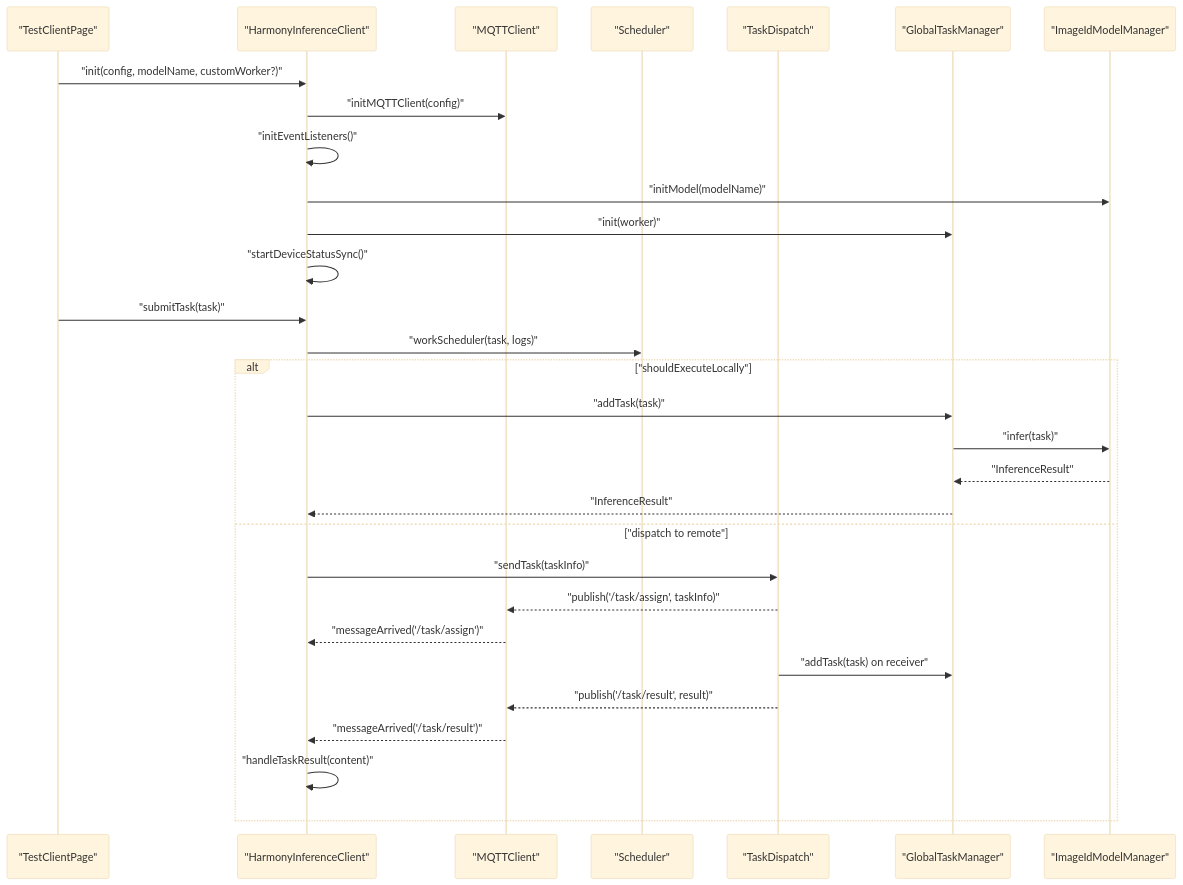
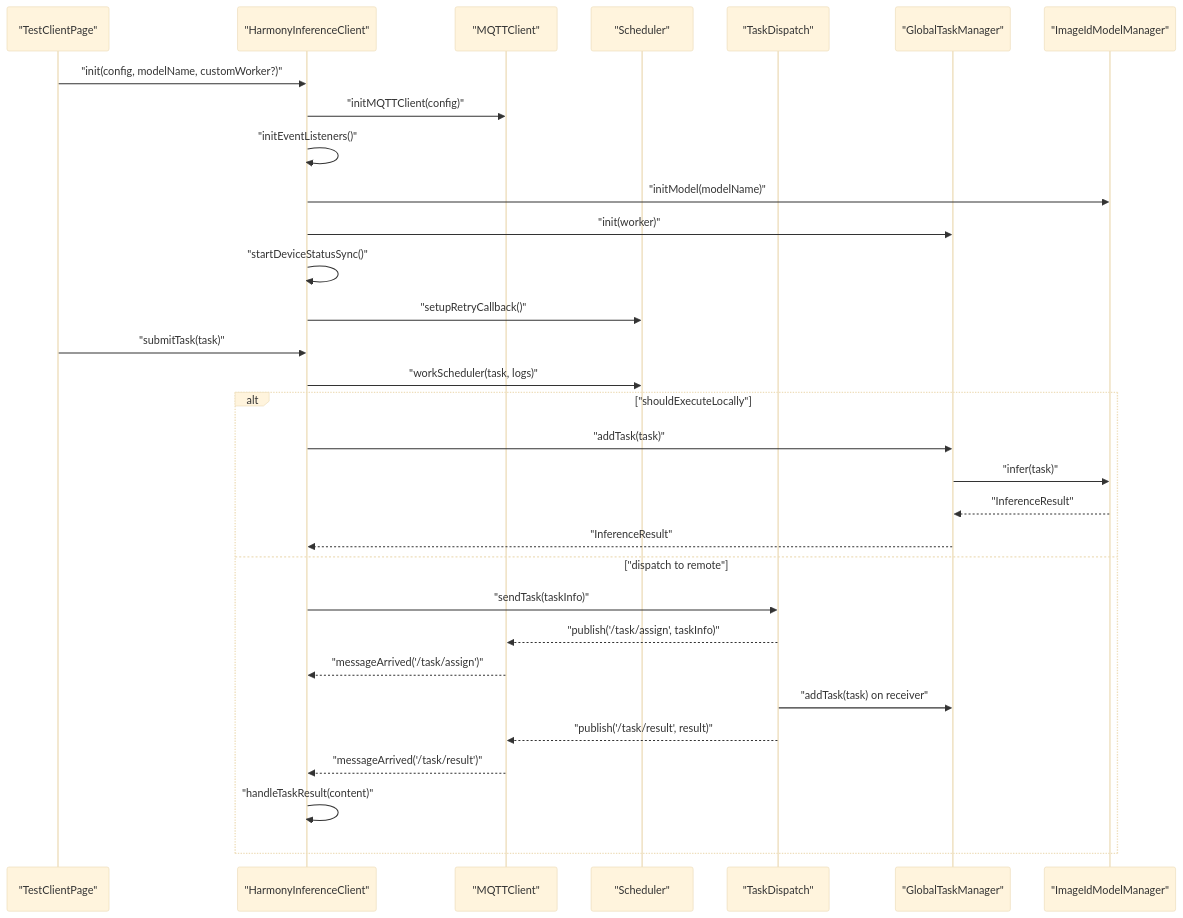
The second of 9 diagrams in .qoder/repowiki/zh/content/推理核心模块/推理客户端.md (huo65/OH-Co3), drawn with Mermaid (base theme) before and after one commit. The commit also changed other lines of this file and 12 other files, not shown here.

````diff
--- a/.qoder/repowiki/zh/content/推理核心模块/推理客户端.md
+++ b/.qoder/repowiki/zh/content/推理核心模块/推理客户端.md
@@ -138,32 +137,33 @@
 ```mermaid
 sequenceDiagram
 participant UI as "TestClientPage"
 participant HIC as "HarmonyInferenceClient"
 participant MQ as "MQTTClient"
 participant SCH as "Scheduler"
 participant TD as "TaskDispatch"
 participant GTM as "GlobalTaskManager"
 participant WK as "ImageIdModelManager"
 UI->>HIC : "init(config, modelName, customWorker?)"
 HIC->>MQ : "initMQTTClient(config)"
 HIC->>HIC : "initEventListeners()"
 HIC->>WK : "initModel(modelName)"
 HIC->>GTM : "init(worker)"
 HIC->>HIC : "startDeviceStatusSync()"
+HIC->>SCH : "setupRetryCallback()"
 UI->>HIC : "submitTask(task)"
 HIC->>SCH : "workScheduler(task, logs)"
 alt "shouldExecuteLocally"
 HIC->>GTM : "addTask(task)"
 GTM->>WK : "infer(task)"
 WK-->>GTM : "InferenceResult"
 GTM-->>HIC : "InferenceResult"
 else "dispatch to remote"
 HIC->>TD : "sendTask(taskInfo)"
 TD-->>MQ : "publish('/task/assign', taskInfo)"
 MQ-->>HIC : "messageArrived('/task/assign')"
 TD->>GTM : "addTask(task) on receiver"
 TD-->>MQ : "publish('/task/result', result)"
 MQ-->>HIC : "messageArrived('/task/result')"
 HIC->>HIC : "handleTaskResult(content)"
 end
 ```
````
